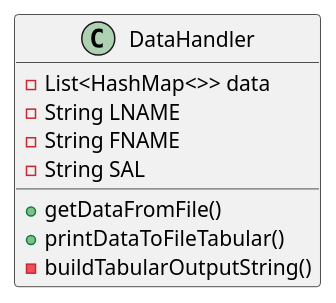
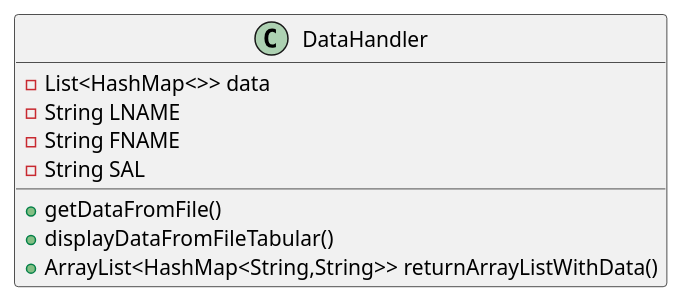
One commit to Jyke321/cordonero-a04 changed the diagram in exercise42/docs/classes.puml. Above: the diagram before and after it, drawn with PlantUML. The commit also changed 3 other files, not shown here.

```diff
--- a/exercise42/docs/classes.puml
+++ b/exercise42/docs/classes.puml
@@ -1,12 +1,12 @@
 @startuml
 class DataHandler {
     -List<HashMap<>> data
     -String LNAME
     -String FNAME
     -String SAL
 
     +getDataFromFile()
-    +printDataToFileTabular()
-    -buildTabularOutputString()
+    +displayDataFromFileTabular()
+    +ArrayList<HashMap<String,String>> returnArrayListWithData()
 }
 @enduml
```
